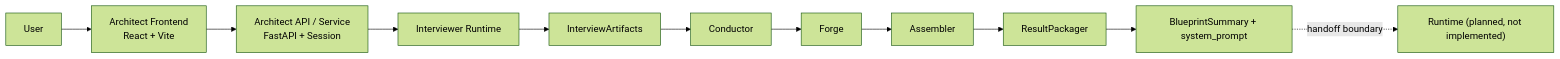
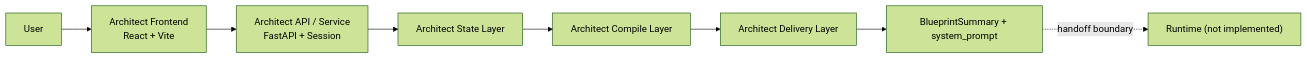
Before and after one commit to OKFin33/OSeria-WorldSim: the diagram in Architect/docs/OSeria_technical_overview.md, drawn with Mermaid (forest theme). The commit also changed other lines of this file and 72 other files, not shown here.

Commit message:
feat(architect): advance vnext replay and runtime pipeline

````diff
--- a/Architect/docs/OSeria_technical_overview.md
+++ b/Architect/docs/OSeria_technical_overview.md
@@ -42,13 +33,10 @@
 ```mermaid
 flowchart LR
     U["User"] --> FE["Architect Frontend<br/>React + Vite"]
     FE --> API["Architect API / Service<br/>FastAPI + Session"]
-    API --> IR["Interviewer Runtime"]
-    IR --> ART["InterviewArtifacts"]
-    ART --> C["Conductor"]
-    C --> F["Forge"]
-    F --> A["Assembler"]
-    A --> PKG["ResultPackager"]
-    PKG --> OUT["BlueprintSummary + system_prompt"]
-    OUT -. handoff boundary .-> RT["Runtime (planned, not implemented)"]
+    API --> ST["Architect State Layer"]
+    ST --> CP["Architect Compile Layer"]
+    CP --> DL["Architect Delivery Layer"]
+    DL --> OUT["BlueprintSummary + system_prompt"]
+    OUT -. handoff boundary .-> RT["Runtime (not implemented)"]
 ```
````
